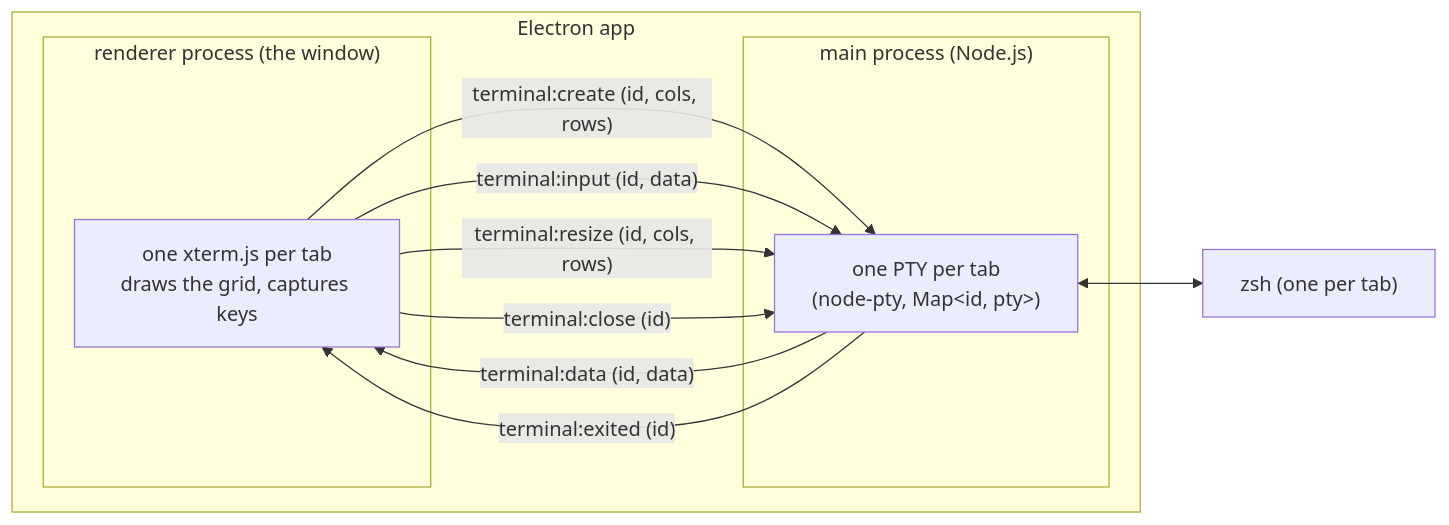
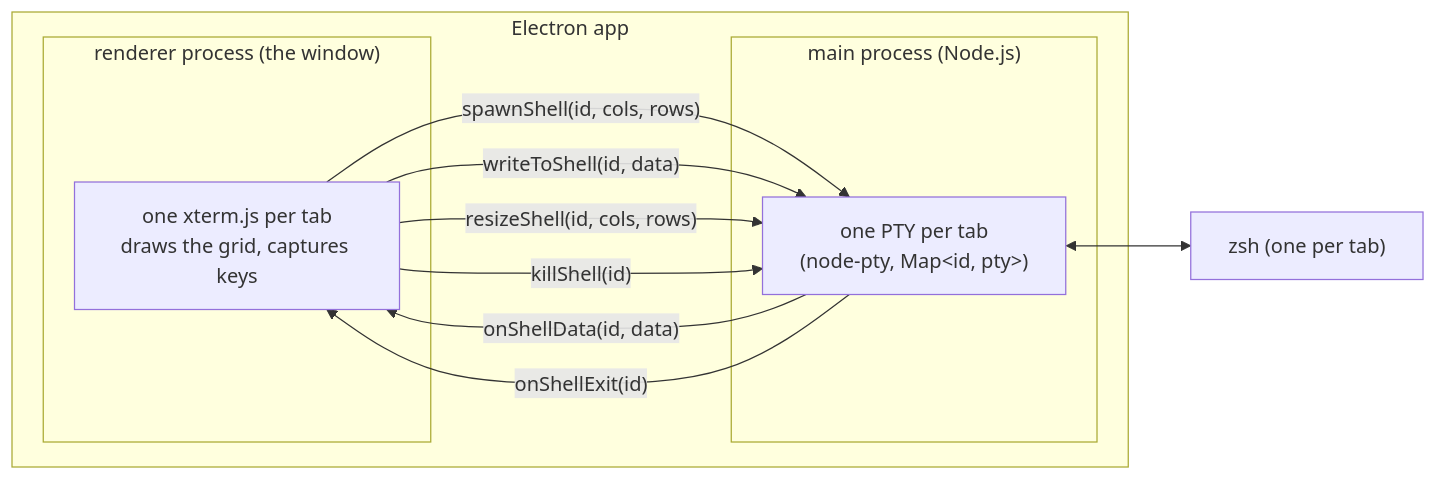
One commit to luis-herasme/editor changed the first of 2 diagrams in README.md. Above: the diagram before and after it, drawn with Mermaid. The commit also changed other lines of this file and 19 other files, not shown here.

````diff
--- a/README.md
+++ b/README.md
@@ -23,20 +23,20 @@
 ```mermaid
 flowchart LR
     subgraph app["Electron app"]
         subgraph renderer["renderer process (the window)"]
             xterm["one xterm.js per tab<br/>draws the grid, captures keys"]
         end
         subgraph mainp["main process (Node.js)"]
             ptyend["one PTY per tab<br/>(node-pty, Map&lt;id, pty&gt;)"]
         end
     end
     zsh["zsh (one per tab)"]
 
-    xterm -- "terminal:create (id, cols, rows)" --> ptyend
-    xterm -- "terminal:input (id, data)" --> ptyend
-    xterm -- "terminal:resize (id, cols, rows)" --> ptyend
-    xterm -- "terminal:close (id)" --> ptyend
-    ptyend -- "terminal:data (id, data)" --> xterm
-    ptyend -- "terminal:exited (id)" --> xterm
+    xterm -- "spawnShell(id, cols, rows)" --> ptyend
+    xterm -- "writeToShell(id, data)" --> ptyend
+    xterm -- "resizeShell(id, cols, rows)" --> ptyend
+    xterm -- "killShell(id)" --> ptyend
+    ptyend -- "onShellData(id, data)" --> xterm
+    ptyend -- "onShellExit(id)" --> xterm
     ptyend <--> zsh
 ```
````
